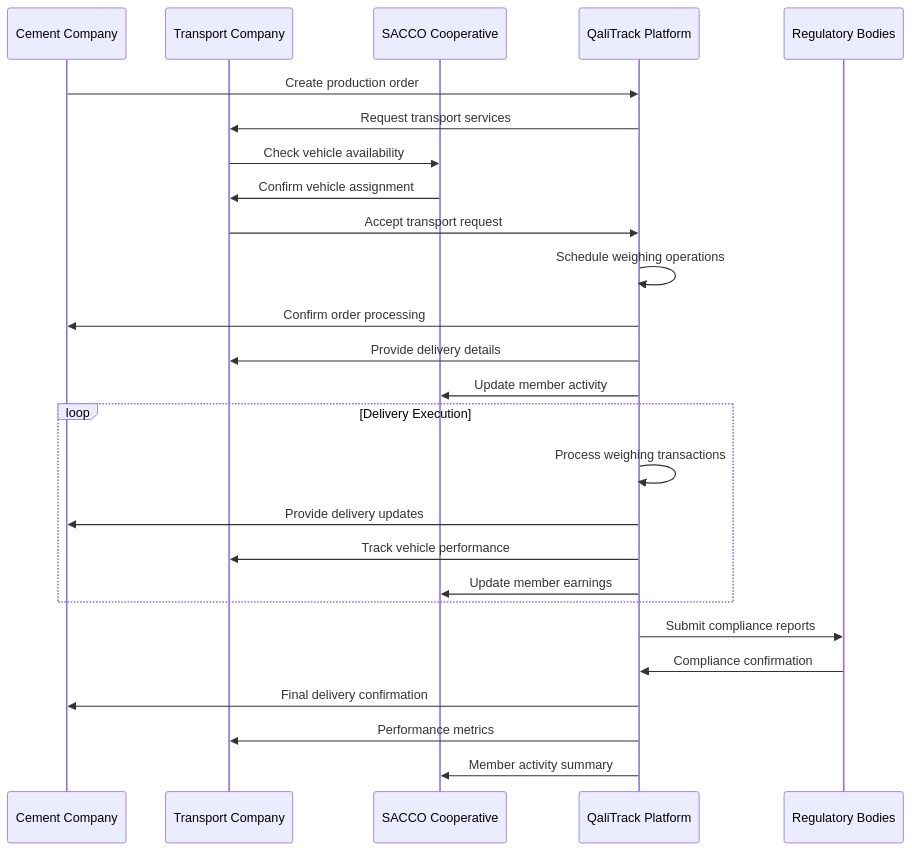
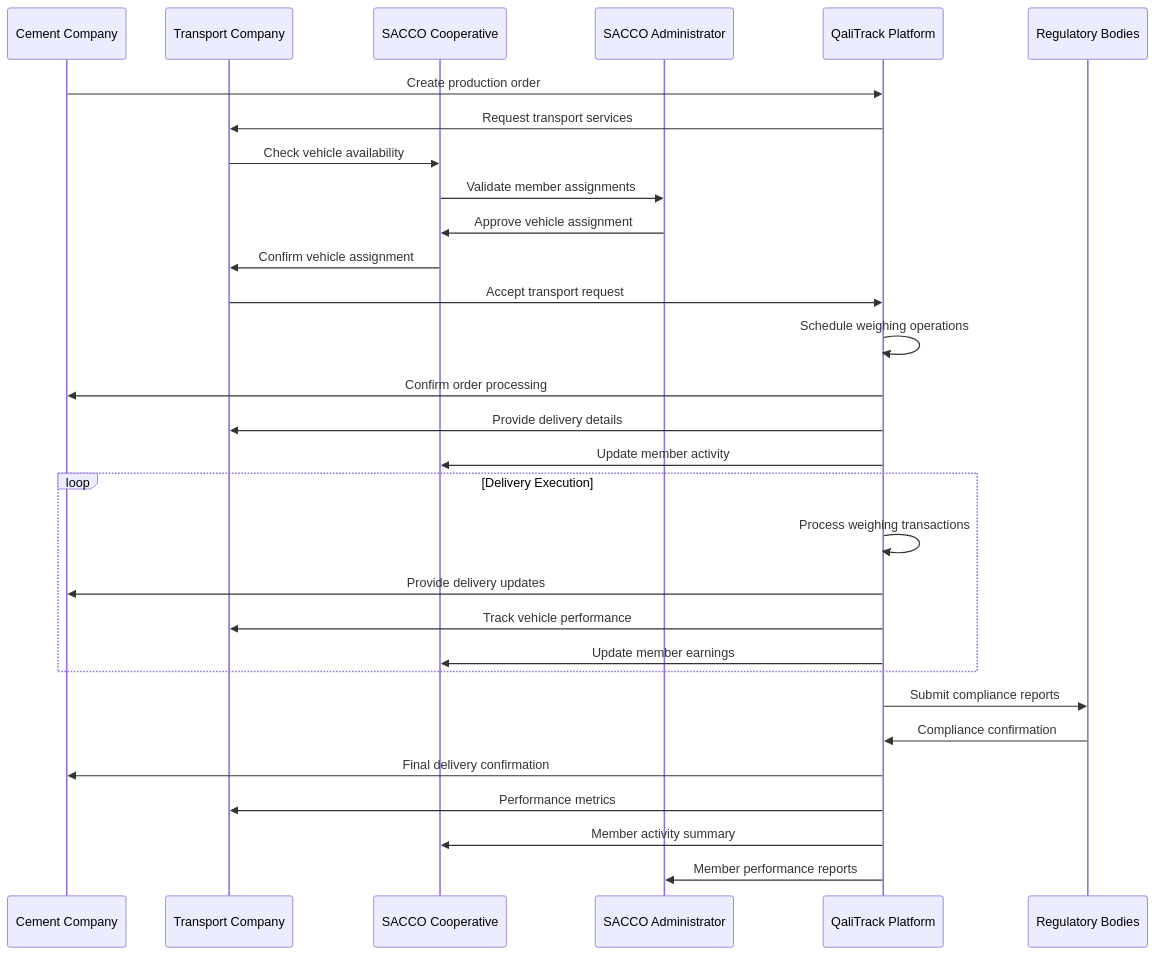
The sixth of 11 diagrams in docs/c4/05-business-processes.md (Qalitrack/qalitrackservices), drawn with Mermaid before and after one commit. The commit also changed other lines of this file and 84 other files, not shown here.

````diff
--- a/docs/c4/05-business-processes.md
+++ b/docs/c4/05-business-processes.md
@@ -259,32 +267,36 @@
 ```mermaid
 sequenceDiagram
     participant Cement_Co as Cement Company
     participant Transport_Co as Transport Company
     participant SACCO as SACCO Cooperative
+    participant SACCO_Admin as SACCO Administrator
     participant QaliTrack as QaliTrack Platform
     participant Regulatory as Regulatory Bodies
 
     Cement_Co->>QaliTrack: Create production order
     QaliTrack->>Transport_Co: Request transport services
     Transport_Co->>SACCO: Check vehicle availability
+    SACCO->>SACCO_Admin: Validate member assignments
+    SACCO_Admin->>SACCO: Approve vehicle assignment
     SACCO->>Transport_Co: Confirm vehicle assignment
     Transport_Co->>QaliTrack: Accept transport request
     
     QaliTrack->>QaliTrack: Schedule weighing operations
     QaliTrack->>Cement_Co: Confirm order processing
     QaliTrack->>Transport_Co: Provide delivery details
     QaliTrack->>SACCO: Update member activity
     
     loop Delivery Execution
         QaliTrack->>QaliTrack: Process weighing transactions
         QaliTrack->>Cement_Co: Provide delivery updates
         QaliTrack->>Transport_Co: Track vehicle performance
         QaliTrack->>SACCO: Update member earnings
     end
     
     QaliTrack->>Regulatory: Submit compliance reports
     Regulatory->>QaliTrack: Compliance confirmation
     QaliTrack->>Cement_Co: Final delivery confirmation
     QaliTrack->>Transport_Co: Performance metrics
     QaliTrack->>SACCO: Member activity summary
+    QaliTrack->>SACCO_Admin: Member performance reports
 ```
````
